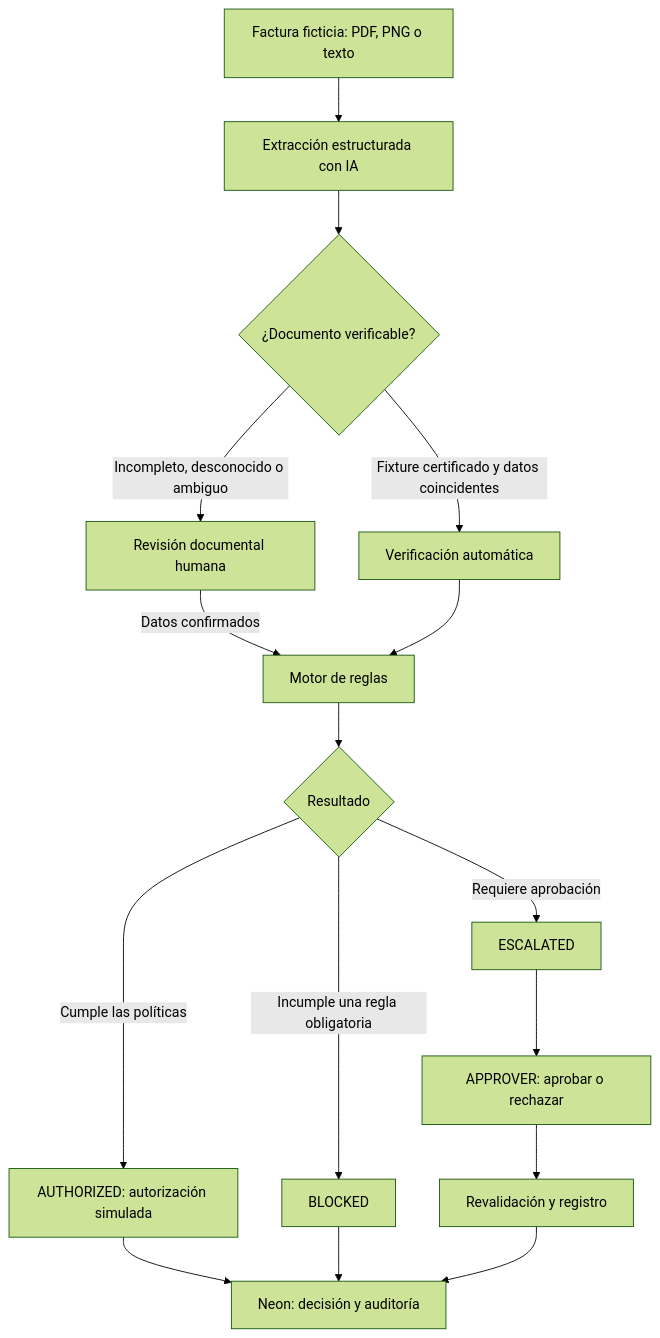
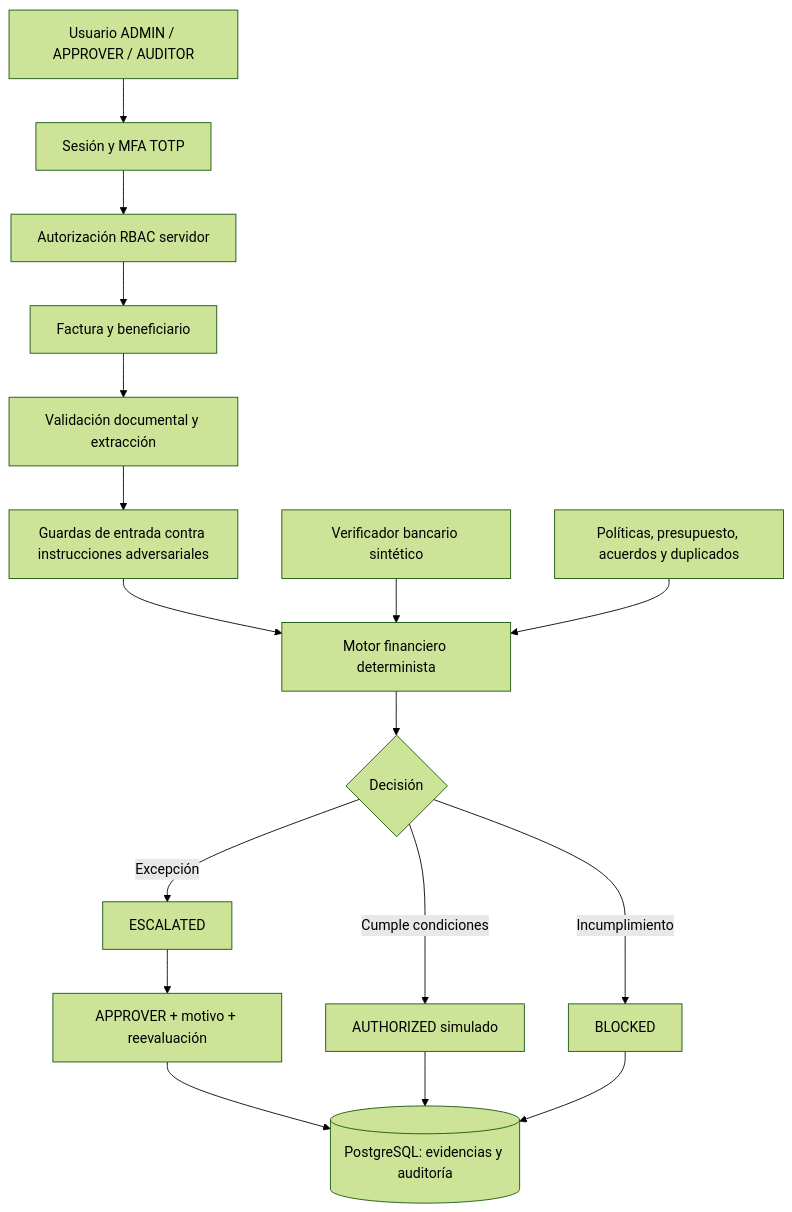
One commit to IngenieroJosser/hackathon30x-frontend changed the diagram in README.md. Above: the diagram before and after it, drawn with Mermaid (forest theme). The commit also changed other lines of this file and 51 other files, not shown here.

````diff
--- a/README.md
+++ b/README.md
@@ -48,18 +85,19 @@
 ```mermaid
 flowchart TD
-    A[Factura ficticia: PDF, PNG o texto] --> B[Extracción estructurada con IA]
-    B --> C{¿Documento verificable?}
-    C -->|Fixture certificado y datos coincidentes| D[Verificación automática]
-    C -->|Incompleto, desconocido o ambiguo| E[Revisión documental humana]
-    E -->|Datos confirmados| F[Motor de reglas]
-    D --> F
-    F --> G{Resultado}
-    G -->|Cumple las políticas| H[AUTHORIZED: autorización simulada]
-    G -->|Incumple una regla obligatoria| I[BLOCKED]
-    G -->|Requiere aprobación| J[ESCALATED]
-    J --> K[APPROVER: aprobar o rechazar]
-    K --> L[Revalidación y registro]
-    H --> M[Neon: decisión y auditoría]
-    I --> M
-    L --> M
+    U[Usuario ADMIN / APPROVER / AUDITOR] --> AUTH[Sesión y MFA TOTP]
+    AUTH --> RBAC[Autorización RBAC servidor]
+    RBAC --> IN[Factura y beneficiario]
+    IN --> DOC[Validación documental y extracción]
+    DOC --> GUARD[Guardas de entrada contra instrucciones adversariales]
+    GUARD --> ENGINE[Motor financiero determinista]
+    BANK[Verificador bancario sintético] --> ENGINE
+    POLICY[Políticas, presupuesto, acuerdos y duplicados] --> ENGINE
+    ENGINE --> RESULT{Decisión}
+    RESULT -->|Cumple condiciones| OK[AUTHORIZED simulado]
+    RESULT -->|Incumplimiento| BLOCK[BLOCKED]
+    RESULT -->|Excepción| ESC[ESCALATED]
+    ESC --> HUMAN[APPROVER + motivo + reevaluación]
+    HUMAN --> AUDIT[(PostgreSQL: evidencias y auditoría)]
+    OK --> AUDIT
+    BLOCK --> AUDIT
 ```
````
